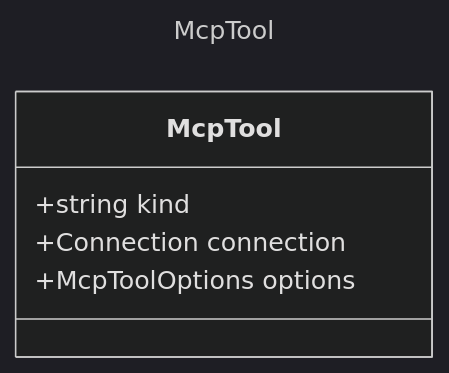
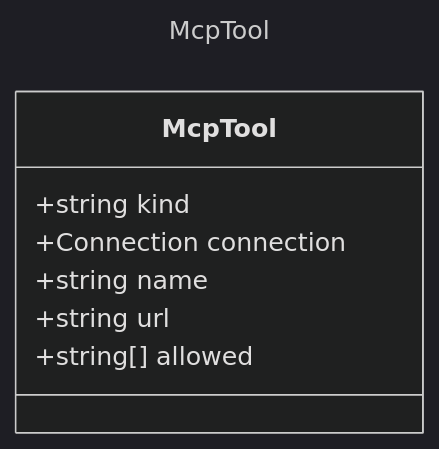
One commit to microsoft/prompty changed the diagram in specification/prompty/docs/McpTool.md. Above: the diagram before and after it, drawn with Mermaid (dark theme). The commit also changed other lines of this file and 14 other files, not shown here.

````diff
--- a/specification/prompty/docs/McpTool.md
+++ b/specification/prompty/docs/McpTool.md
@@ -7,11 +7,13 @@
 ```mermaid
 ---
 title: McpTool
 ---
 classDiagram
     class McpTool {
         +string kind
         +Connection connection
-        +McpToolOptions options
+        +string name
+        +string url
+        +string[] allowed
     }
 ```
````
